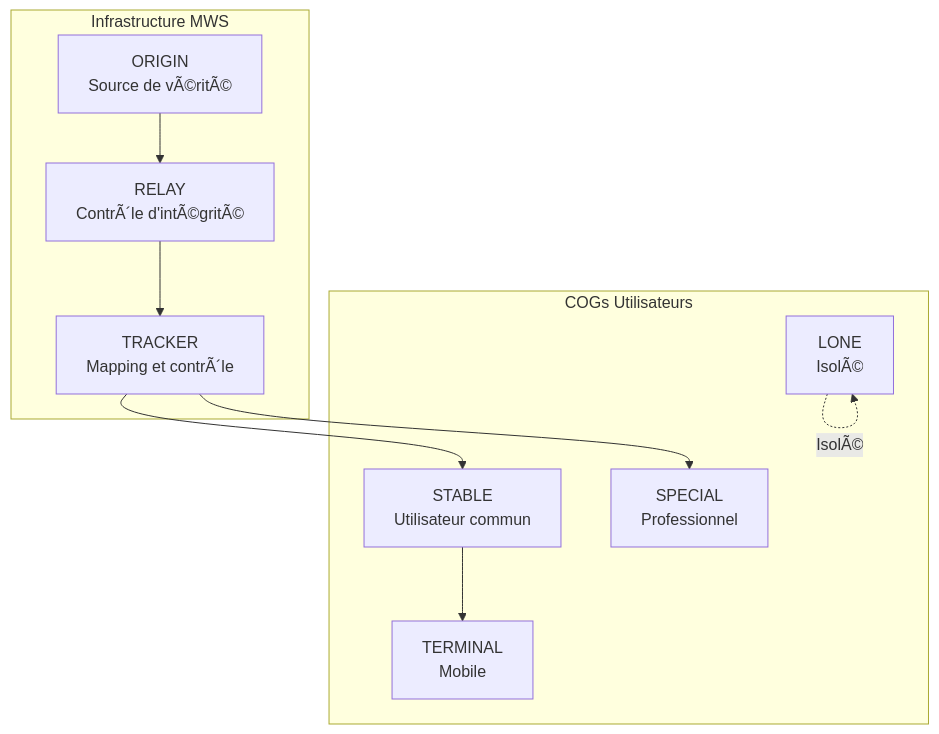
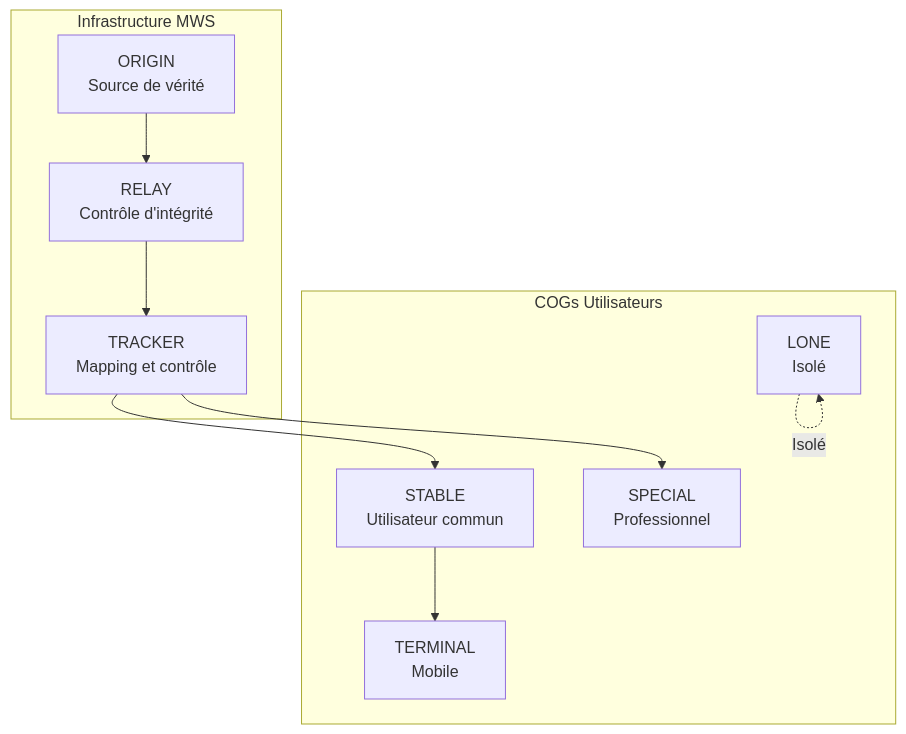
One commit to StudioMiyukini/miyukini_cog changed the first of 7 diagrams in docs/miyukini-webway-system/verification/MWS - Passeport et Visa.md. Above: the diagram before and after it, drawn with Mermaid. The commit also changed other lines of this file and 564 other files, not shown here.

````diff
--- a/docs/miyukini-webway-system/verification/MWS - Passeport et Visa.md
+++ b/docs/miyukini-webway-system/verification/MWS - Passeport et Visa.md
@@ -165,22 +165,22 @@
 ```mermaid
 flowchart TB
     subgraph Infrastructure["Infrastructure MWS"]
-        ORIGIN[ORIGIN<br>Source de vÃ©ritÃ©]
-        RELAY[RELAY<br>ContrÃ´le d'intÃ©gritÃ©]
-        TRACKER[TRACKER<br>Mapping et contrÃ´le]
+        ORIGIN[ORIGIN<br>Source de vérité]
+        RELAY[RELAY<br>Contrôle d'intégrité]
+        TRACKER[TRACKER<br>Mapping et contrôle]
     end
 
     subgraph Utilisateurs["COGs Utilisateurs"]
         STABLE[STABLE<br>Utilisateur commun]
         SPECIAL[SPECIAL<br>Professionnel]
         TERMINAL[TERMINAL<br>Mobile]
-        LONE[LONE<br>IsolÃ©]
+        LONE[LONE<br>Isolé]
     end
 
     ORIGIN --> RELAY
     RELAY --> TRACKER
     TRACKER --> STABLE
     TRACKER --> SPECIAL
     STABLE --> TERMINAL
-    LONE -.->|IsolÃ©| LONE
+    LONE -.->|Isolé| LONE
 ```
````
